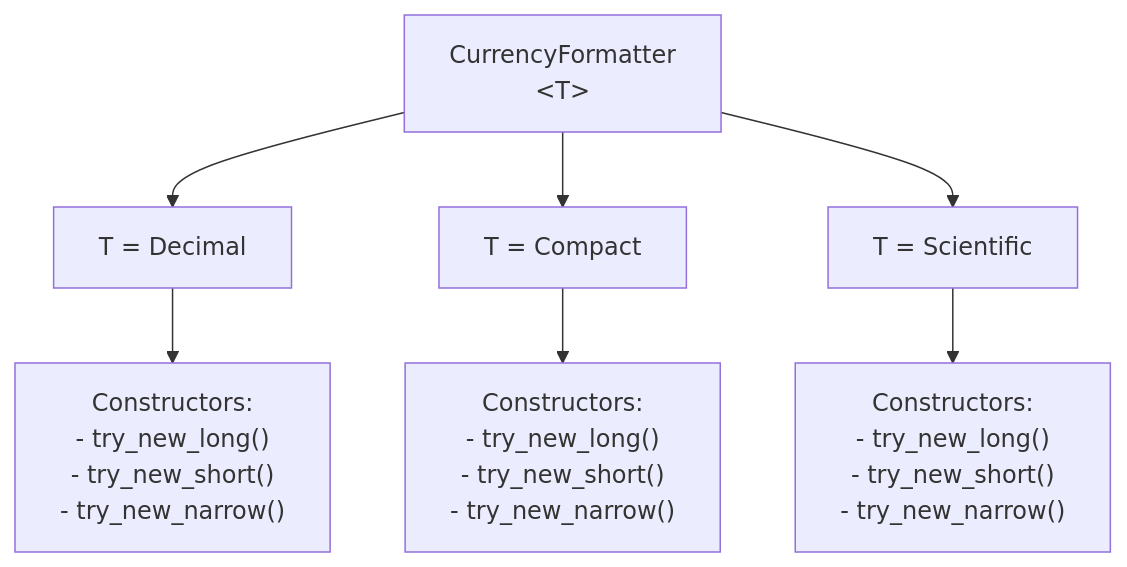
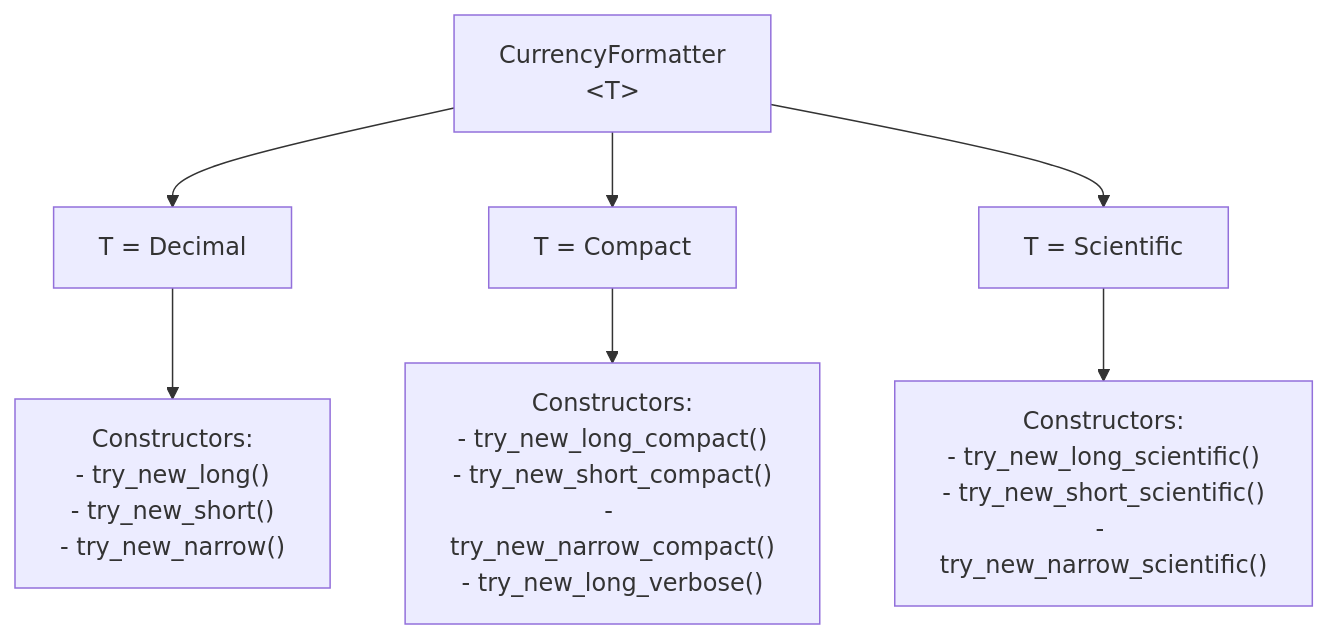
The second of 3 diagrams in icu4x/number_formatter.md (younies/design_docs), drawn with Mermaid before and after one commit. The commit also changed other lines of this file, not shown here.

````diff
--- a/icu4x/number_formatter.md
+++ b/icu4x/number_formatter.md
@@ -41,10 +42,10 @@
 ```mermaid
 graph TD
     CF["CurrencyFormatter<br/>&lt;T&gt;"] --> Dec["T = Decimal"]
     CF --> Comp["T = Compact"]
     CF --> Sci["T = Scientific"]
 
     Dec --> DecCons["Constructors:<br>- try_new_long()<br>- try_new_short()<br>- try_new_narrow()"]
-    Comp --> CompCons["Constructors:<br>- try_new_long()<br>- try_new_short()<br>- try_new_narrow()"]
-    Sci --> SciCons["Constructors:<br>- try_new_long()<br>- try_new_short()<br>- try_new_narrow()"]
+    Comp --> CompCons["Constructors:<br>- try_new_long_compact()<br>- try_new_short_compact()<br>- try_new_narrow_compact()<br>- try_new_long_verbose()"]
+    Sci --> SciCons["Constructors:<br>- try_new_long_scientific()<br>- try_new_short_scientific()<br>- try_new_narrow_scientific()"]
 ```
````
